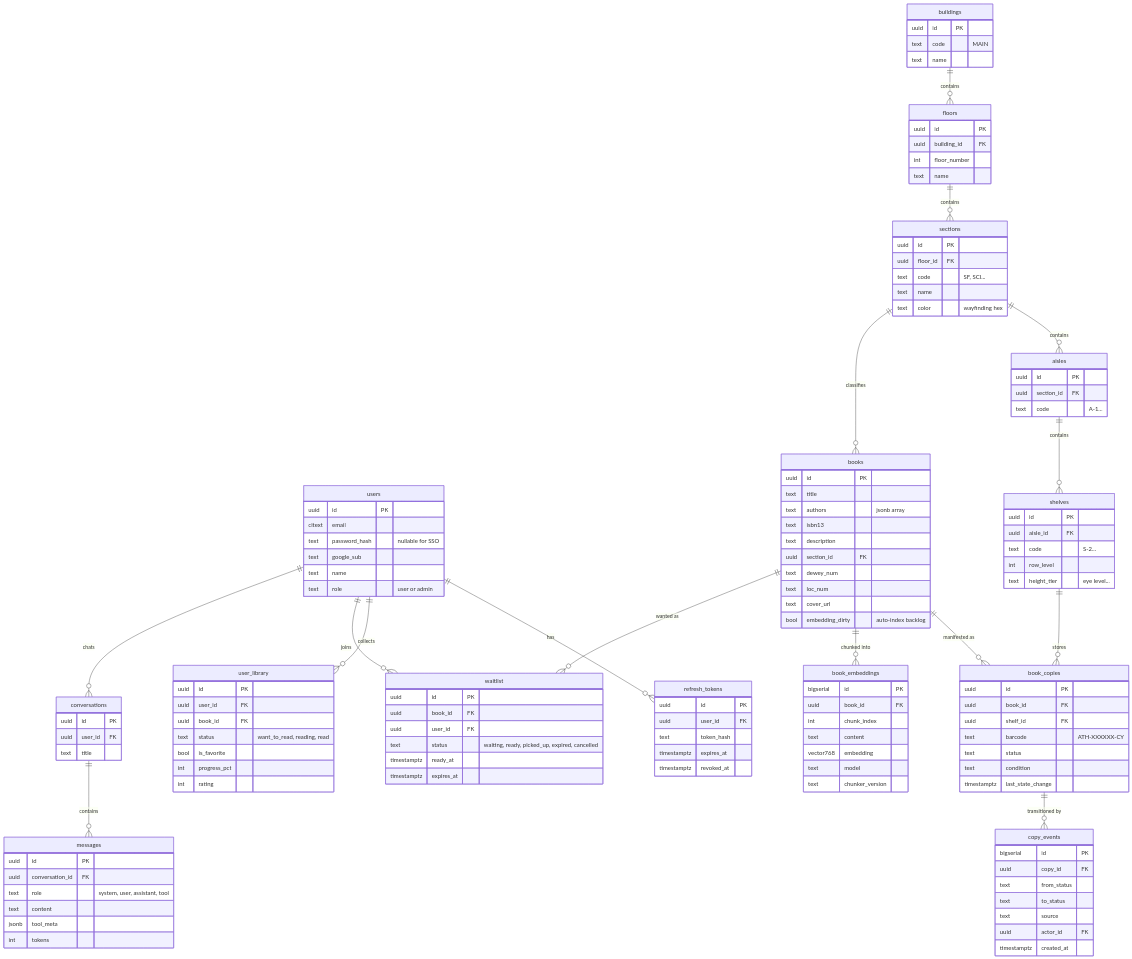
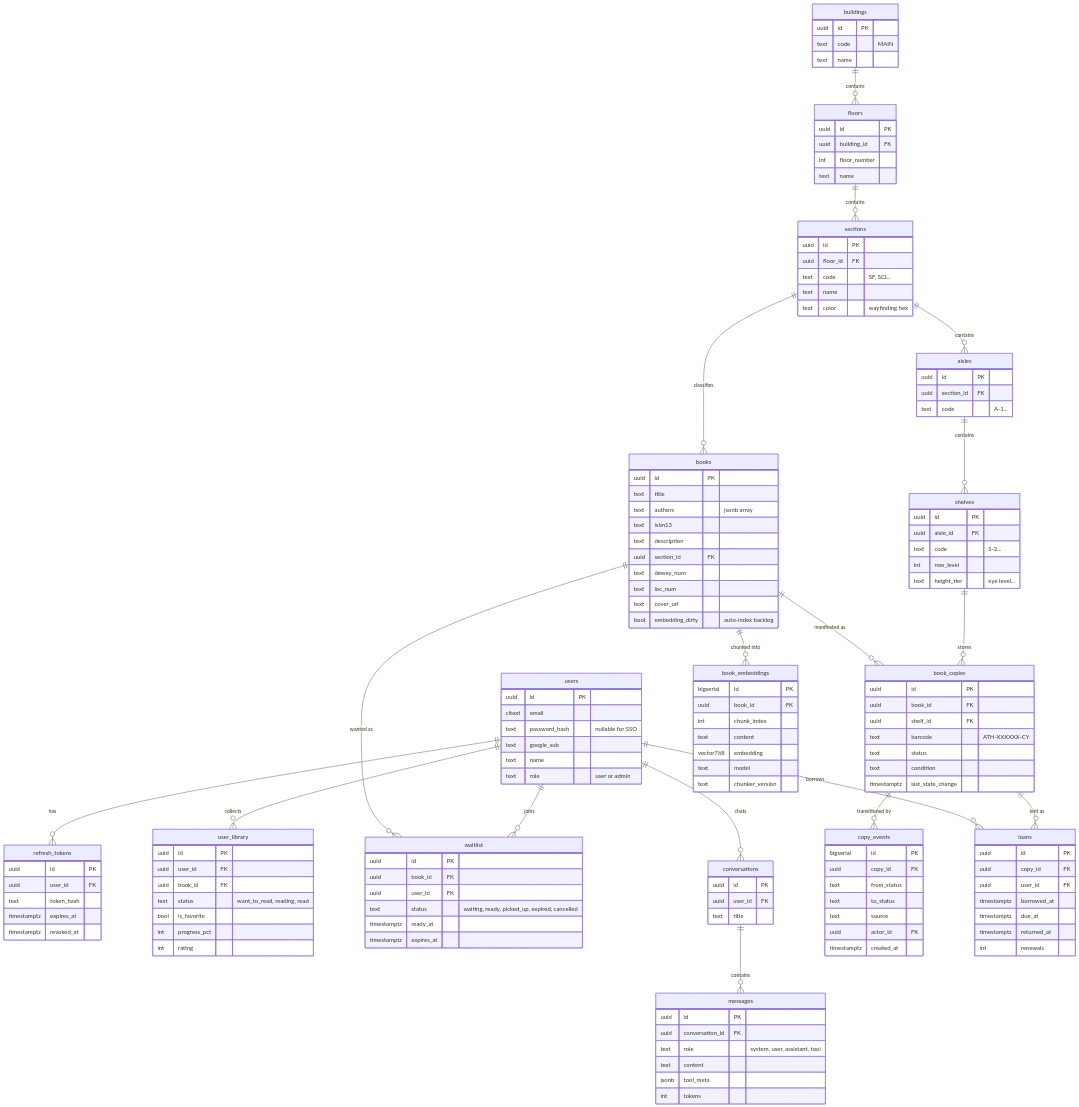
One commit to cattyman919/athenaeum changed the diagram in docs/02-data-model.md. Above: the diagram before and after it, drawn with Mermaid. The commit also changed other lines of this file and 14 other files, not shown here.

```diff
--- a/docs/02-data-model.md
+++ b/docs/02-data-model.md
@@ -66,6 +68,8 @@
     books ||--o{ waitlist : "wanted as"
     conversations ||--o{ messages : "contains"
     book_copies ||--o{ copy_events : "transitioned by"
+    book_copies ||--o{ loans : "lent as"
+    users ||--o{ loans : "borrows"
 
     users {
         uuid id PK
@@ -172,6 +176,15 @@
         jsonb tool_meta
         int tokens
     }
+    loans {
+        uuid id PK
+        uuid copy_id FK
+        uuid user_id FK
+        timestamptz borrowed_at
+        timestamptz due_at
+        timestamptz returned_at
+        int renewals
+    }
     copy_events {
         bigserial id PK
         uuid copy_id FK
```
